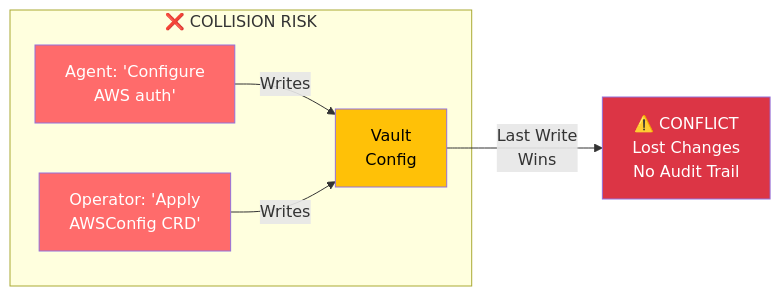
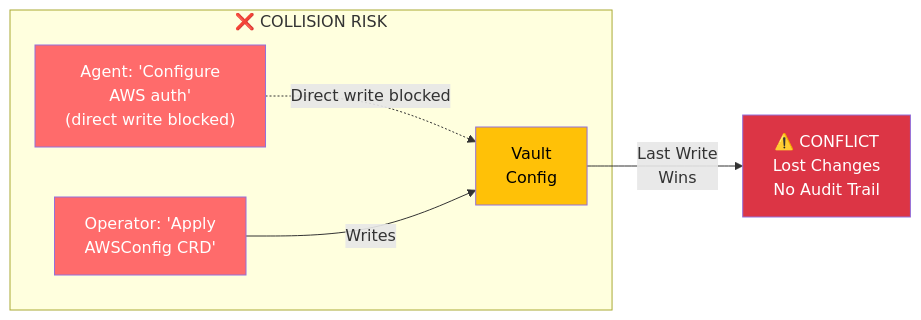
One commit to iestarks/vault-config-operator changed the second of 7 diagrams in docs/INTEGRATION_GUIDE.md. Above: the diagram before and after it, drawn with Mermaid. The commit also changed other lines of this file and 3 other files, not shown here.

````diff
--- a/docs/INTEGRATION_GUIDE.md
+++ b/docs/INTEGRATION_GUIDE.md
@@ -55,18 +65,18 @@
 ```mermaid
 graph LR
     subgraph Problem["❌ COLLISION RISK"]
-        Agent["Agent: 'Configure<br/>AWS auth'"]
+        Agent["Agent: 'Configure<br/>AWS auth'<br/>(direct write blocked)"]
         Operator["Operator: 'Apply<br/>AWSConfig CRD'"]
         Vault["Vault<br/>Config"]
     end
     
-    Agent -->|Writes| Vault
+    Agent -.->|Direct write blocked| Vault
     Operator -->|Writes| Vault
     
     Vault -->|"Last Write<br/>Wins"| Conflict["⚠️ CONFLICT<br/>Lost Changes<br/>No Audit Trail"]
     
     style Agent fill:#ff6b6b,color:#fff
     style Operator fill:#ff6b6b,color:#fff
     style Vault fill:#ffc107,color:#000
     style Conflict fill:#dc3545,color:#fff
 ```
````
